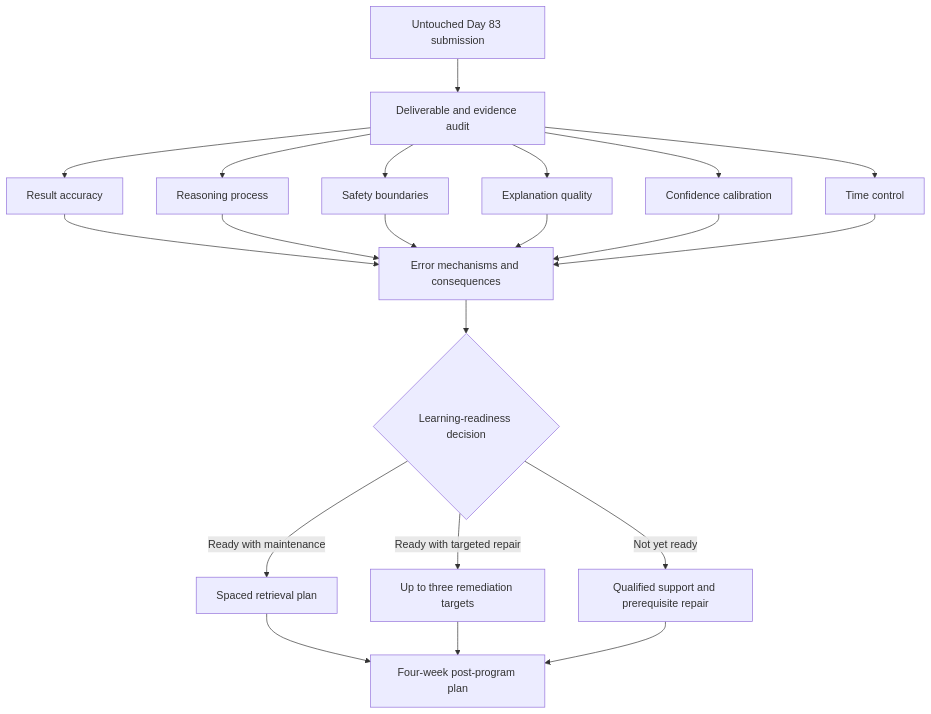
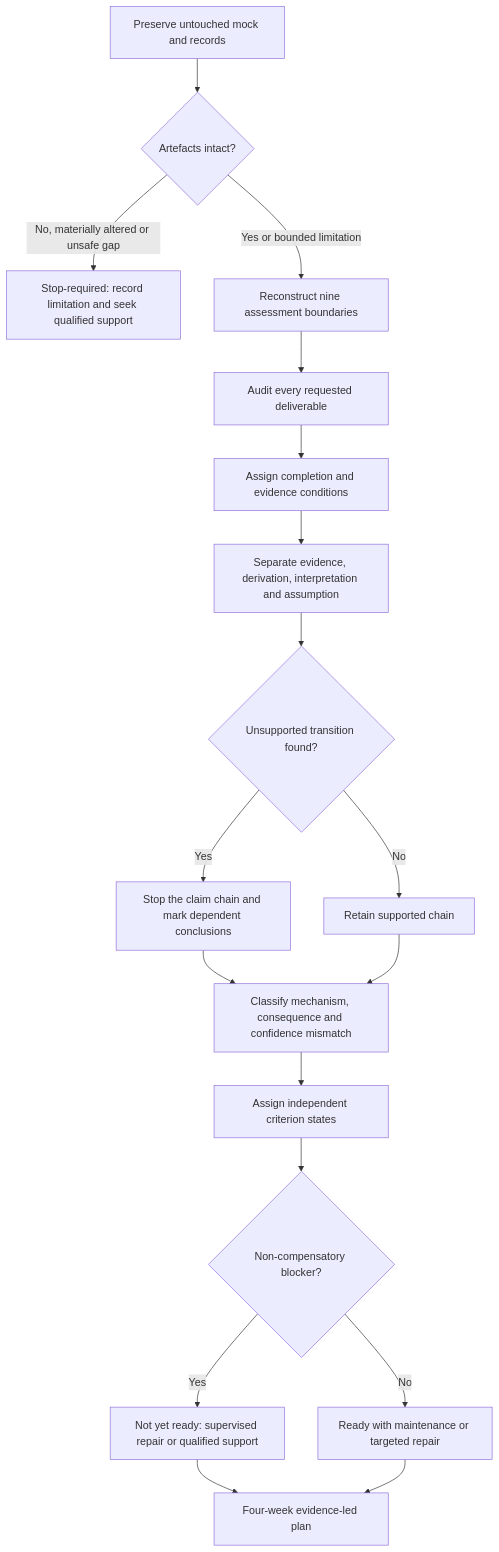
Before and after one commit to andrew3stedall/capstone: the first of 2 diagrams in docs/learning-plans/12-week/modules/day-84-mock-review-readiness-decision-and-post-program-study-plan.md, drawn with Mermaid. The commit also changed other lines of this file and 4 other files, not shown here.

Commit message:
Improve Day 84 mock review and transition plan

````diff
--- a/docs/learning-plans/12-week/modules/day-84-mock-review-readiness-decision-and-post-program-study-plan.md
+++ b/docs/learning-plans/12-week/modules/day-84-mock-review-readiness-decision-and-post-program-study-plan.md
@@ -69,23 +98,20 @@
 ```mermaid
 flowchart TD
-  A[Untouched Day 83 submission] --> B[Deliverable and evidence audit]
-  B --> C[Result accuracy]
-  B --> D[Reasoning process]
-  B --> E[Safety boundaries]
-  B --> F[Explanation quality]
-  B --> G[Confidence calibration]
-  B --> H[Time control]
-  C --> I[Error mechanisms and consequences]
-  D --> I
-  E --> I
-  F --> I
-  G --> I
-  H --> I
-  I --> J{Learning-readiness decision}
-  J -->|Ready with maintenance| K[Spaced retrieval plan]
-  J -->|Ready with targeted repair| L[Up to three remediation targets]
-  J -->|Not yet ready| M[Qualified support and prerequisite repair]
-  K --> N[Four-week post-program plan]
-  L --> N
-  M --> N
+  A[Preserve untouched mock and records] --> B{Artefacts intact?}
+  B -->|No, materially altered or unsafe gap| C[Stop-required: record limitation and seek qualified support]
+  B -->|Yes or bounded limitation| D[Reconstruct nine assessment boundaries]
+  D --> E[Audit every requested deliverable]
+  E --> F[Assign completion and evidence conditions]
+  F --> G[Separate evidence, derivation, interpretation and assumption]
+  G --> H{Unsupported transition found?}
+  H -->|Yes| I[Stop the claim chain and mark dependent conclusions]
+  H -->|No| J[Retain supported chain]
+  I --> K[Classify mechanism, consequence and confidence mismatch]
+  J --> K
+  K --> L[Assign independent criterion states]
+  L --> M{Non-compensatory blocker?}
+  M -->|Yes| N[Not yet ready: supervised repair or qualified support]
+  M -->|No| O[Ready with maintenance or targeted repair]
+  N --> P[Four-week evidence-led plan]
+  O --> P
 ```
````
